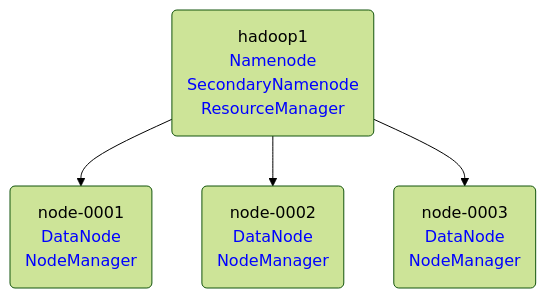
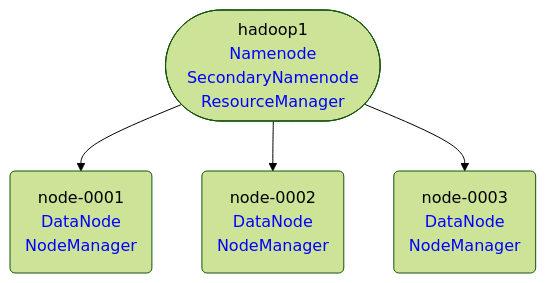
One commit to byy1679/cloud changed the first of 2 diagrams in ARCHITECTURE/04/hadoop-02.md. Above: the diagram before and after it, drawn with Mermaid (forest theme). The commit also changed other lines of this file and 4 other files, not shown here.

````diff
--- a/ARCHITECTURE/04/hadoop-02.md
+++ b/ARCHITECTURE/04/hadoop-02.md
@@ -7,10 +7,8 @@
 ```mermaid
 graph TB
-M1(hadoop1<br><font color=0000ff>Namenode<br>SecondaryNamenode<br>ResourceManager</font>) 
+M1([hadoop1<br><font color=0000ff>Namenode<br>SecondaryNamenode<br>ResourceManager</font>]) 
 N1(node-0001<br><font color=0000ff>DataNode<br>NodeManager</font>)
 N2(node-0002<br><font color=0000ff>DataNode<br>NodeManager</font>)
 N3(node-0003<br><font color=0000ff>DataNode<br>NodeManager</font>)
-M1 --> N1
-M1 --> N2
-M1 --> N3
+M1 --> N1 & N2 & N3
 ```
````
